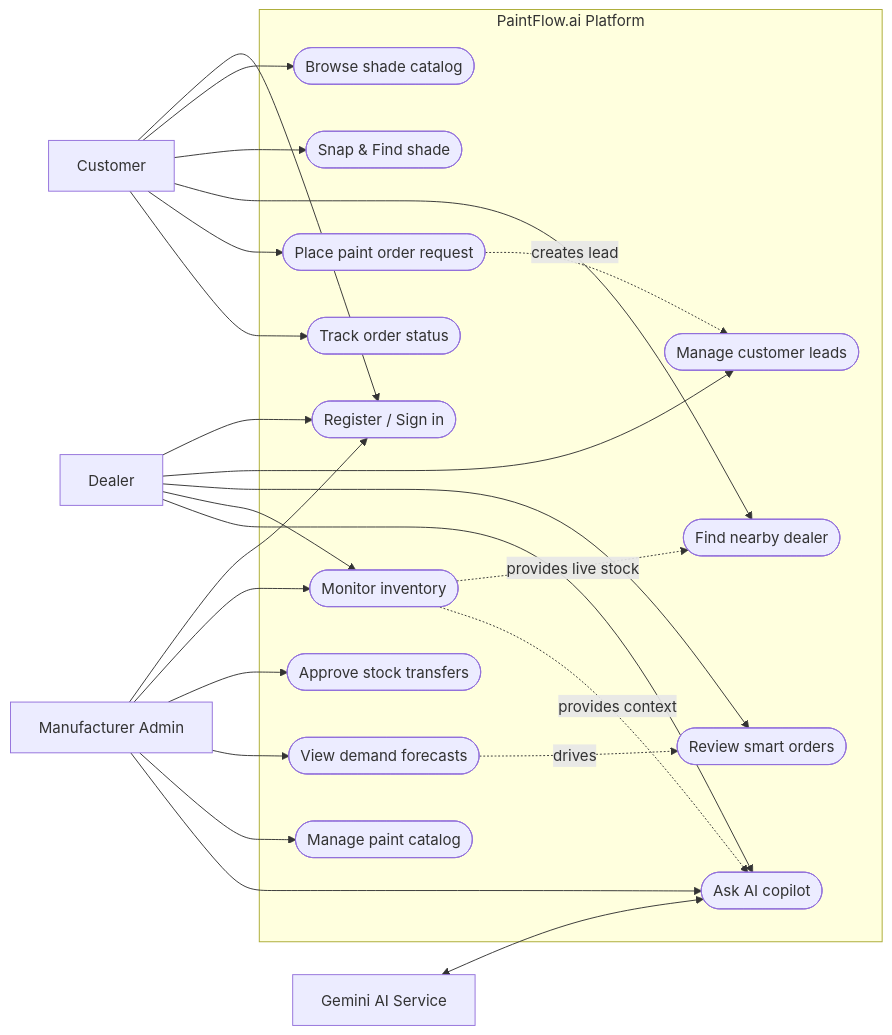
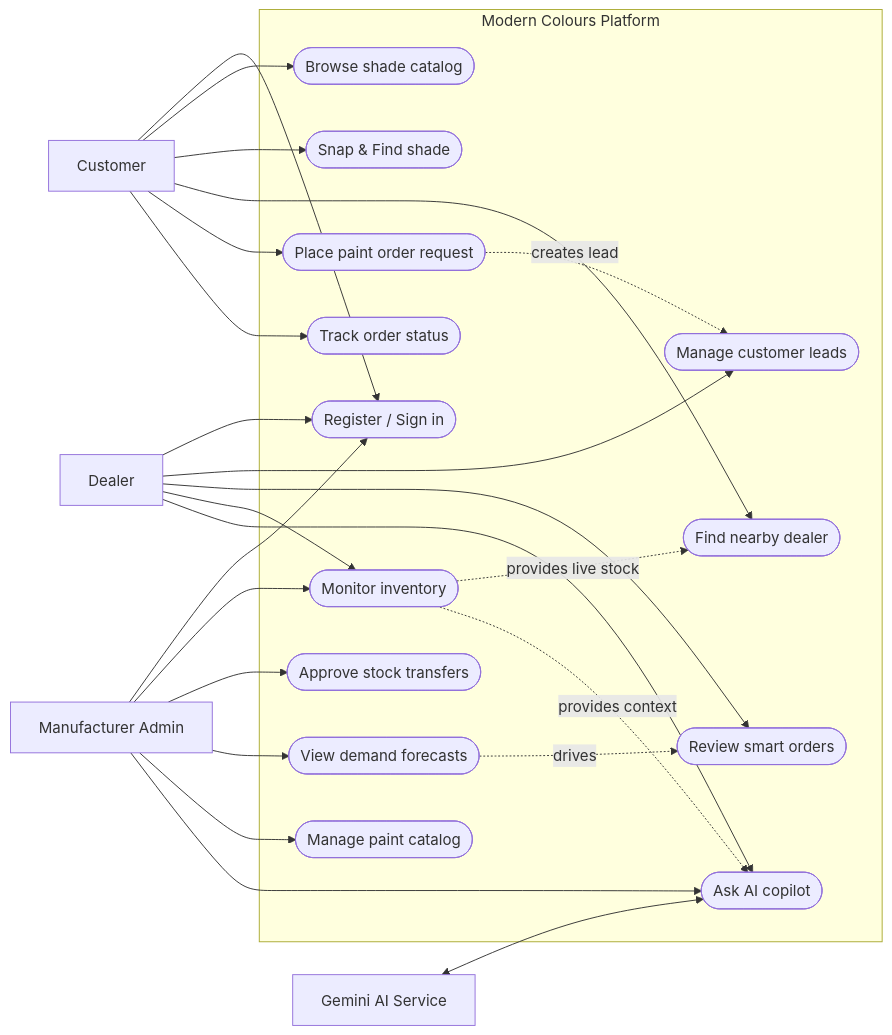
One commit to Suyash3003/SE_project changed the first of 16 diagrams in docs/Lab-Eval-I-Diagrams.md. Above: the diagram before and after it, drawn with Mermaid. The commit also changed other lines of this file, not shown here.

Commit message:
Align application branding with Modern Colours

```diff
--- a/docs/Lab-Eval-I-Diagrams.md
+++ b/docs/Lab-Eval-I-Diagrams.md
@@ -9,49 +9,49 @@
 ~~~mermaid
 flowchart LR
     customer[Customer]
     dealer[Dealer]
     admin[Manufacturer Admin]
     ai[Gemini AI Service]
 
-    subgraph PaintFlow["PaintFlow.ai Platform"]
+    subgraph Modern Colours["Modern Colours Platform"]
         auth([Register / Sign in])
         catalog([Browse shade catalog])
         match([Snap & Find shade])
         nearby([Find nearby dealer])
         order([Place paint order request])
         track([Track order status])
         leads([Manage customer leads])
         inventory([Monitor inventory])
         transfers([Approve stock transfers])
         forecast([View demand forecasts])
         recommendations([Review smart orders])
         copilot([Ask AI copilot])
         catalogAdmin([Manage paint catalog])
     end
 
     customer --> auth
     customer --> catalog
     customer --> match
     customer --> nearby
     customer --> order
     customer --> track
 
     dealer --> auth
     dealer --> leads
     dealer --> recommendations
     dealer --> inventory
     dealer --> copilot
 
     admin --> auth
     admin --> inventory
     admin --> transfers
     admin --> forecast
     admin --> catalogAdmin
     admin --> copilot
 
     order -. "creates lead" .-> leads
     inventory -. "provides live stock" .-> nearby
     inventory -. "provides context" .-> copilot
     forecast -. "drives" .-> recommendations
     ai <--> copilot
 ~~~
```
